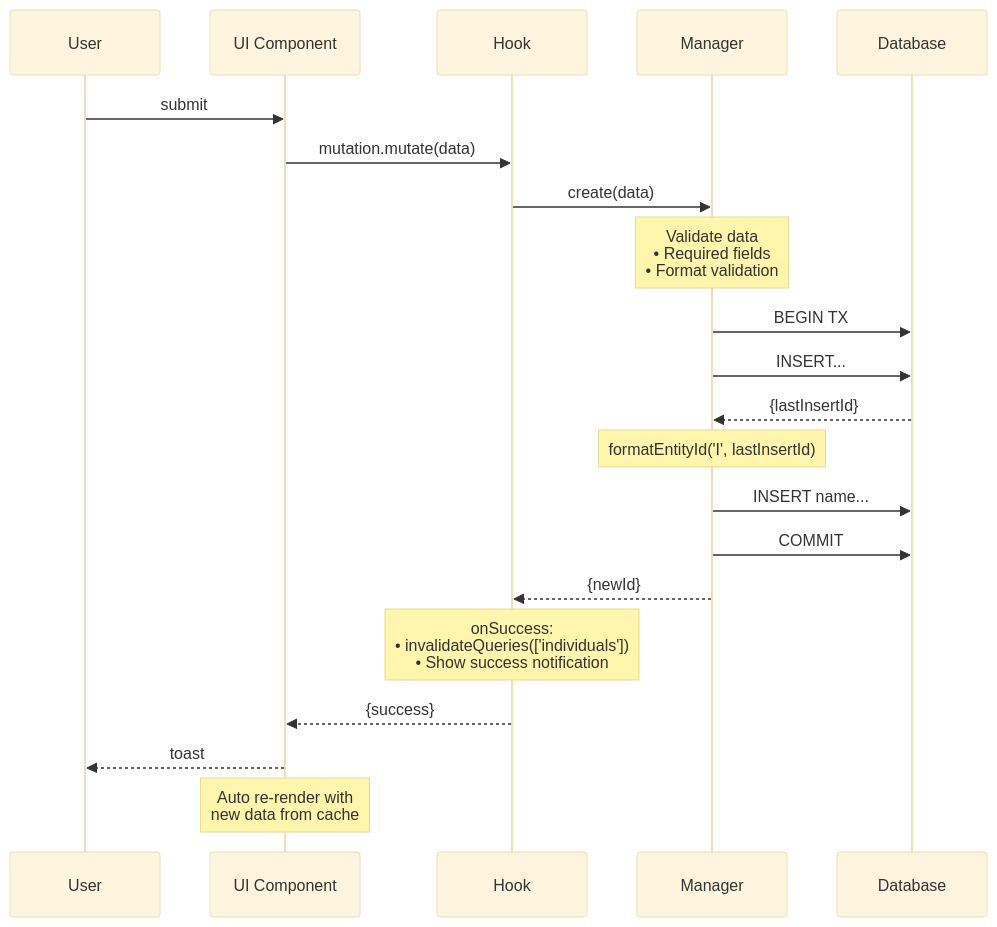
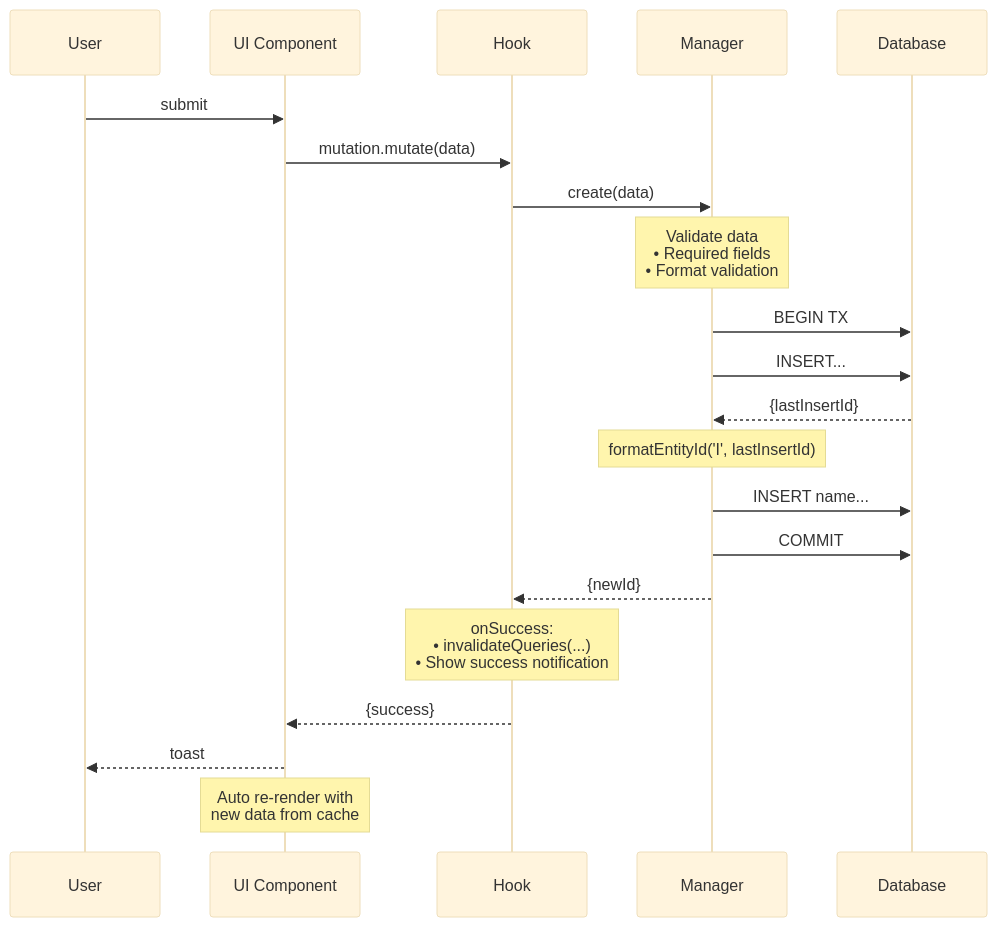
The third of 3 diagrams in docs/architecture/data-flow.md (vata-apps/vata-app), drawn with Mermaid (base theme) before and after one commit. The commit also changed other lines of this file and 35 other files, not shown here.

````diff
--- a/docs/architecture/data-flow.md
+++ b/docs/architecture/data-flow.md
@@ -108,24 +55,24 @@
 ```mermaid
 sequenceDiagram
     participant User
     participant UI as UI Component
     participant Hook
     participant Manager
     participant Database
 
     User->>UI: submit
     UI->>Hook: mutation.mutate(data)
     Hook->>Manager: create(data)
     Note over Manager: Validate data<br/>• Required fields<br/>• Format validation
     Manager->>Database: BEGIN TX
     Manager->>Database: INSERT...
     Database-->>Manager: {lastInsertId}
     Note over Manager: formatEntityId('I', lastInsertId)
     Manager->>Database: INSERT name...
     Manager->>Database: COMMIT
     Manager-->>Hook: {newId}
-    Note over Hook: onSuccess:<br/>• invalidateQueries(['individuals'])<br/>• Show success notification
+    Note over Hook: onSuccess:<br/>• invalidateQueries(...)<br/>• Show success notification
     Hook-->>UI: {success}
     UI-->>User: toast
     Note over UI: Auto re-render with<br/>new data from cache
 ```
````
